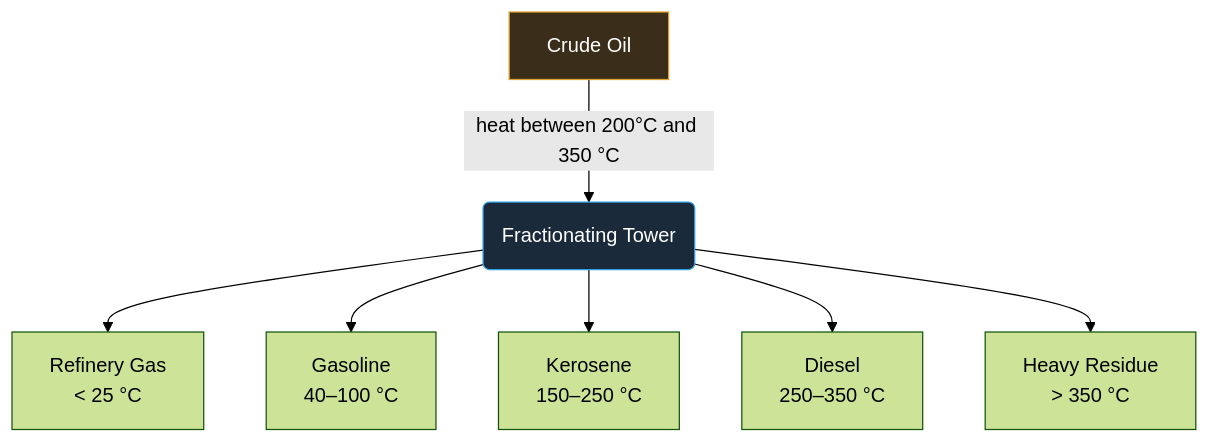
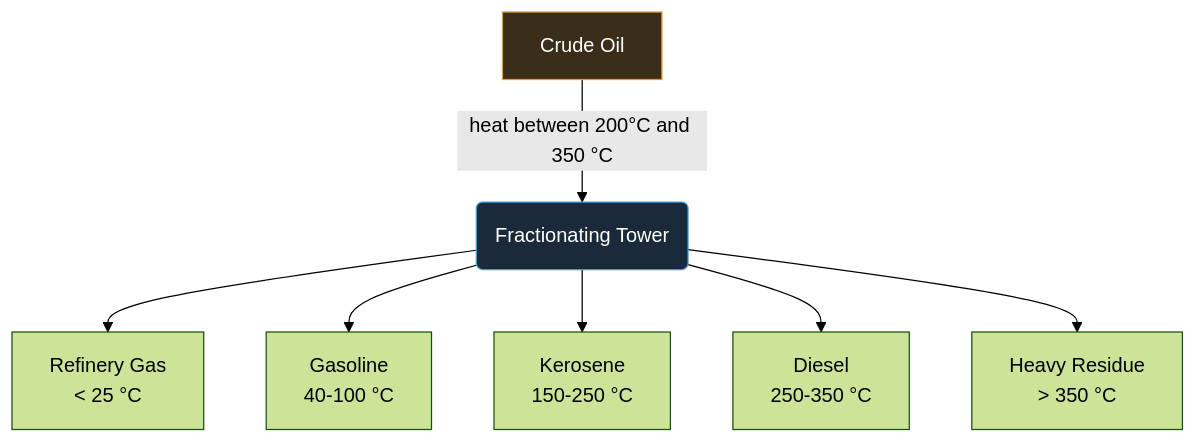
Before and after one commit to MelancholyRadiance/RazFractionalDistillation: the diagram in Docs_RazFractionalDistillation/Main Page.md, drawn with Mermaid (forest theme). The commit also changed other lines of this file and 1 other file, not shown here.

Commit message:
remove incorrect punctuation (thank you MS word for being crap)

````diff
--- a/Docs_RazFractionalDistillation/Main Page.md
+++ b/Docs_RazFractionalDistillation/Main Page.md
@@ -41,11 +41,11 @@
 ```mermaid
 flowchart TD
     A[Crude Oil] -->|heat between 200°C and 350 °C| B(Fractionating Tower)
     B --> C[Refinery Gas<br/>&lt; 25 °C]
-    B --> D[Gasoline<br/>40–100 °C]
-    B --> E[Kerosene<br/>150–250 °C]
-    B --> F[Diesel<br/>250–350 °C]
+    B --> D[Gasoline<br/>40-100 °C]
+    B --> E[Kerosene<br/>150-250 °C]
+    B --> F[Diesel<br/>250-350 °C]
     B --> G[Heavy Residue<br/>&gt; 350 °C]
     style A fill:#3a2d1a,stroke:#e0a030,color:#fff
     style B fill:#1a2a3a,stroke:#30a0e0,color:#fff
 ```
````
